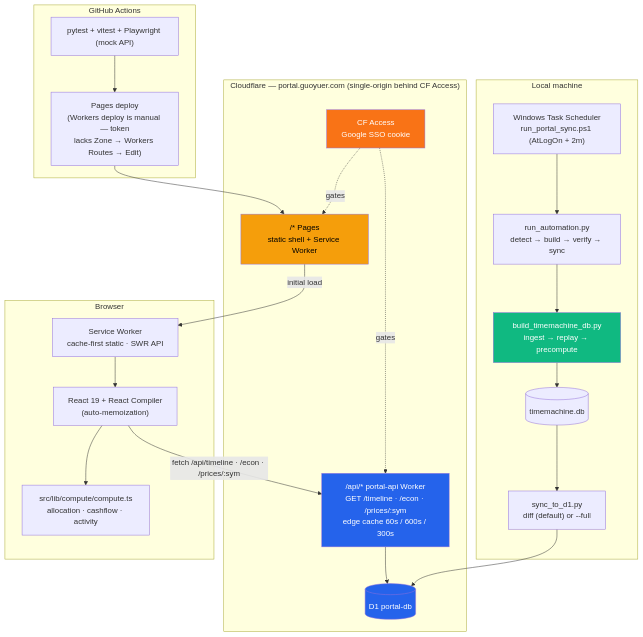
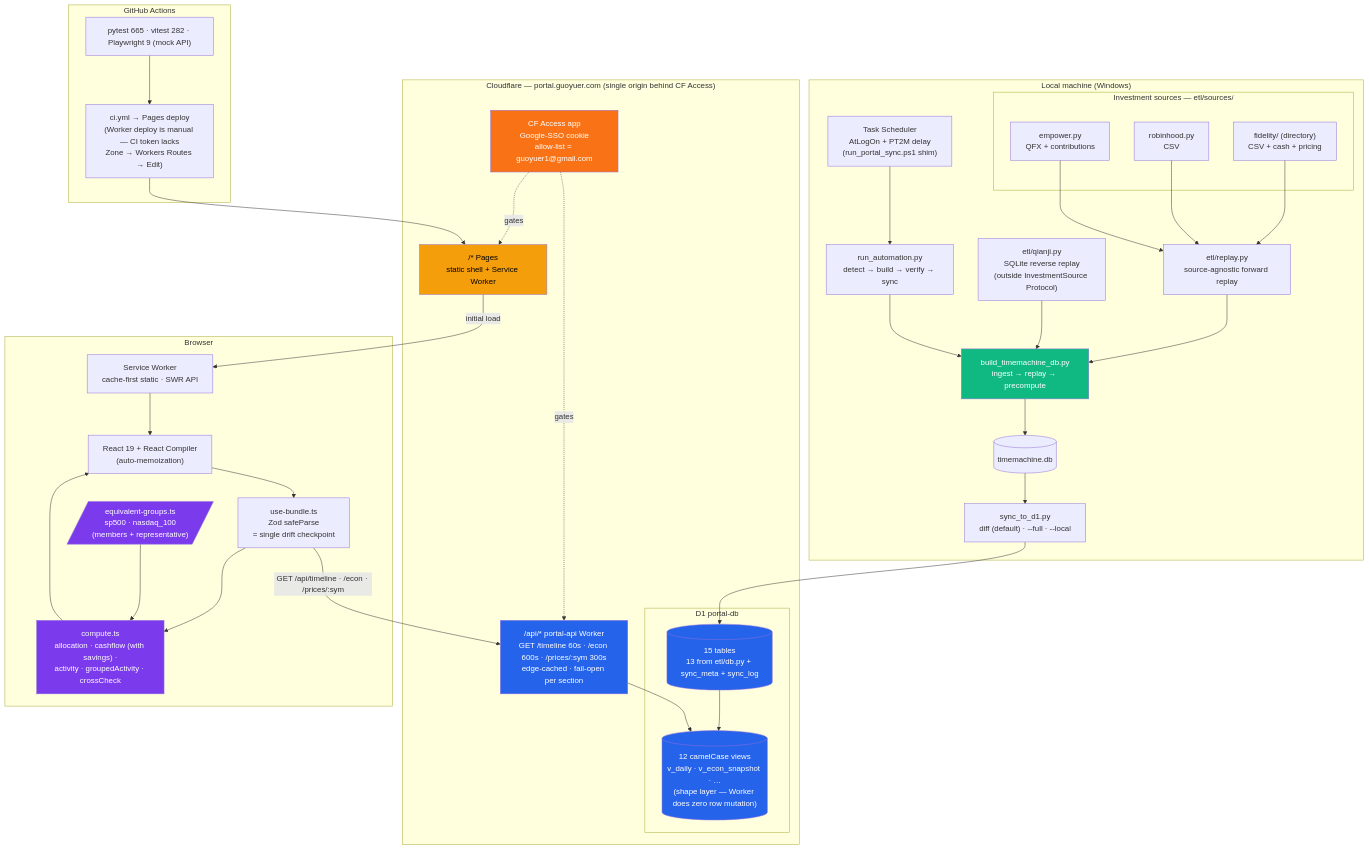
Before and after one commit to Guoyuer/portal: the first of 3 diagrams in README.md, drawn with Mermaid. The commit also changed 1 other file, not shown here.

````diff
--- a/README.md
+++ b/README.md
@@ -9,40 +9,65 @@
 ```mermaid
 graph TB
-    subgraph Local["Local machine"]
-        TASK["Windows Task Scheduler<br/>run_portal_sync.ps1 (AtLogOn + 2m)"]
+    subgraph Local["Local machine (Windows)"]
+        TASK["Task Scheduler<br/>AtLogOn + PT2M delay<br/>(run_portal_sync.ps1 shim)"]
         AUTO["run_automation.py<br/>detect → build → verify → sync"]
+        subgraph Sources["Investment sources — etl/sources/"]
+            FID["fidelity/ (directory)<br/>CSV + cash + pricing"]
+            RH["robinhood.py<br/>CSV"]
+            EMP["empower.py<br/>QFX + contributions"]
+        end
+        QJ["etl/qianji.py<br/>SQLite reverse replay<br/>(outside InvestmentSource Protocol)"]
+        REPLAY["etl/replay.py<br/>source-agnostic forward replay"]
         BUILD["build_timemachine_db.py<br/>ingest → replay → precompute"]
         DB[(timemachine.db)]
-        SYNC["sync_to_d1.py<br/>diff (default) or --full"]
+        SYNC["sync_to_d1.py<br/>diff (default) · --full · --local"]
     end
 
-    subgraph Cloud["Cloudflare — portal.guoyuer.com (single-origin behind CF Access)"]
-        ACCESS["CF Access<br/>Google SSO cookie"]
+    subgraph Cloud["Cloudflare — portal.guoyuer.com (single origin behind CF Access)"]
+        ACCESS["CF Access app<br/>Google-SSO cookie<br/>allow-list = guoyuer1@gmail.com"]
         PAGES["/* Pages<br/>static shell + Service Worker"]
-        WAPI["/api/* portal-api Worker<br/>GET /timeline · /econ · /prices/:sym<br/>edge cache 60s / 600s / 300s"]
-        D1[(D1 portal-db)]
+        WAPI["/api/* portal-api Worker<br/>GET /timeline 60s · /econ 600s · /prices/:sym 300s<br/>edge-cached · fail-open per section"]
+        subgraph D1Layer["D1 portal-db"]
+            TABLES[(15 tables<br/>13 from etl/db.py + sync_meta + sync_log)]
+            VIEWS[("12 camelCase views<br/>v_daily · v_econ_snapshot · …<br/>(shape layer — Worker does zero row mutation)")]
+            TABLES --> VIEWS
+        end
     end
 
-    subgraph Browser
+    subgraph Browser["Browser"]
         SW["Service Worker<br/>cache-first static · SWR API"]
+        BUNDLE["use-bundle.ts<br/>Zod safeParse<br/>= single drift checkpoint"]
+        COMPUTE["compute.ts<br/>allocation · cashflow (with savings) ·<br/>activity · groupedActivity · crossCheck"]
+        GROUPS[/"equivalent-groups.ts<br/>sp500 · nasdaq_100<br/>(members + representative)"/]
         UI["React 19 + React Compiler<br/>(auto-memoization)"]
-        COMPUTE["src/lib/compute/compute.ts<br/>allocation · cashflow · activity"]
     end
 
     subgraph CI["GitHub Actions"]
-        CI_TEST["pytest + vitest + Playwright (mock API)"]
-        CI_DEPLOY["Pages deploy<br/>(Workers deploy is manual — token<br/>lacks Zone → Workers Routes → Edit)"]
+        CI_TEST["pytest 665 · vitest 282 · Playwright 9 (mock API)"]
+        CI_DEPLOY["ci.yml → Pages deploy<br/>(Worker deploy is manual — CI token lacks<br/>Zone → Workers Routes → Edit)"]
     end
 
-    TASK --> AUTO --> BUILD --> DB --> SYNC --> D1
+    FID & RH & EMP --> REPLAY
+    REPLAY --> BUILD
+    QJ --> BUILD
+    TASK --> AUTO --> BUILD --> DB --> SYNC --> TABLES
+
     ACCESS -.gates.-> PAGES & WAPI
-    PAGES -->|initial load| SW --> UI --> COMPUTE
-    UI -->|"fetch /api/timeline · /econ · /prices/:sym"| WAPI --> D1
+    PAGES -->|initial load| SW --> UI
+    UI --> BUNDLE
+    BUNDLE --> COMPUTE --> UI
+    GROUPS --> COMPUTE
+    BUNDLE -->|"GET /api/timeline · /econ · /prices/:sym"| WAPI
+    WAPI --> VIEWS
+
     CI_TEST --> CI_DEPLOY --> PAGES
 
     style BUILD fill:#10b981,color:#fff
     style WAPI fill:#2563eb,color:#fff
     style PAGES fill:#f59e0b,color:#000
     style ACCESS fill:#f97316,color:#fff
-    style D1 fill:#2563eb,color:#fff
+    style TABLES fill:#2563eb,color:#fff
+    style VIEWS fill:#2563eb,color:#fff
+    style COMPUTE fill:#7c3aed,color:#fff
+    style GROUPS fill:#7c3aed,color:#fff
 ```
````
